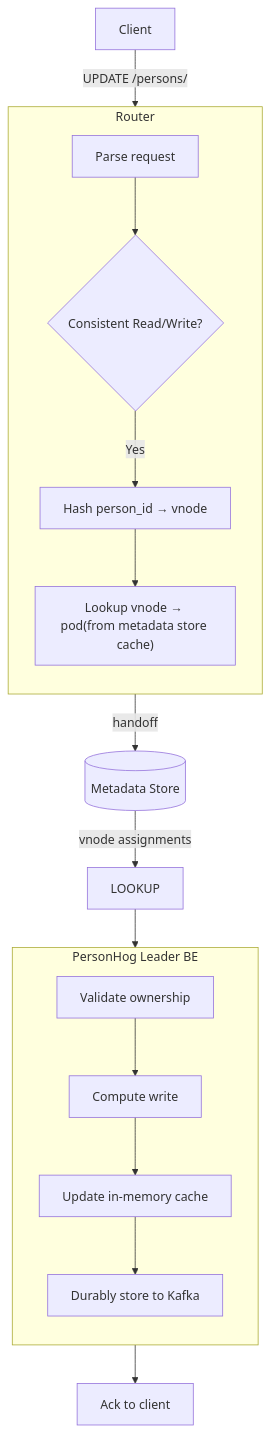
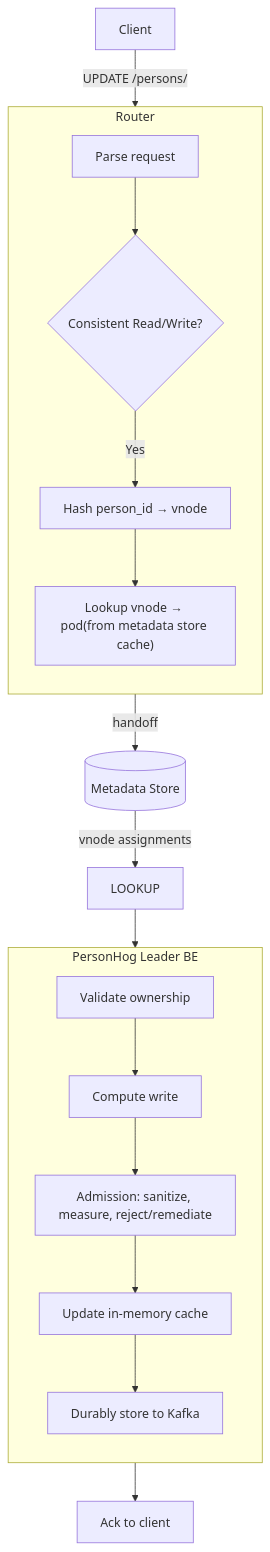
One commit to gabrielmoreira/agent-skills-mirror changed the second of 2 diagrams in mirrors/repos/PostHog@posthog/rust/personhog-leader/README.md. Above: the diagram before and after it, drawn with Mermaid. The commit also changed other lines of this file and 8967 other files, not shown here.

````diff
--- a/mirrors/repos/PostHog@posthog/rust/personhog-leader/README.md
+++ b/mirrors/repos/PostHog@posthog/rust/personhog-leader/README.md
@@ -139,26 +179,27 @@
 ```mermaid
 graph TB
     C[Client] -->|"UPDATE /persons/<id>"| R
 
     subgraph R[Router]
         direction TB
         PARSE[Parse request] --> DECIDE{Consistent Read/Write?}
         DECIDE -->|"Yes"| HASH["Hash person_id → vnode"]
         HASH --> WATCH["Lookup vnode → pod(from metadata store cache)"]
     end
 
     WATCH -->|"handoff"| MS[(Metadata Store)]
     MS -->|"vnode assignments"| LOOKUP
 
     LOOKUP --> POD
 
     subgraph POD[PersonHog Leader BE]
         direction TB
         VALIDATE[Validate ownership] --> COMPUTE[Compute write]
-        COMPUTE --> CACHE[Update in-memory cache]
+        COMPUTE --> ADMIT[Admission: sanitize, measure, reject/remediate]
+        ADMIT --> CACHE[Update in-memory cache]
         CACHE --> KAFKA[Durably store to Kafka]
     end
 
     KAFKA --> ACK[Ack to client]
 
 ```
````
